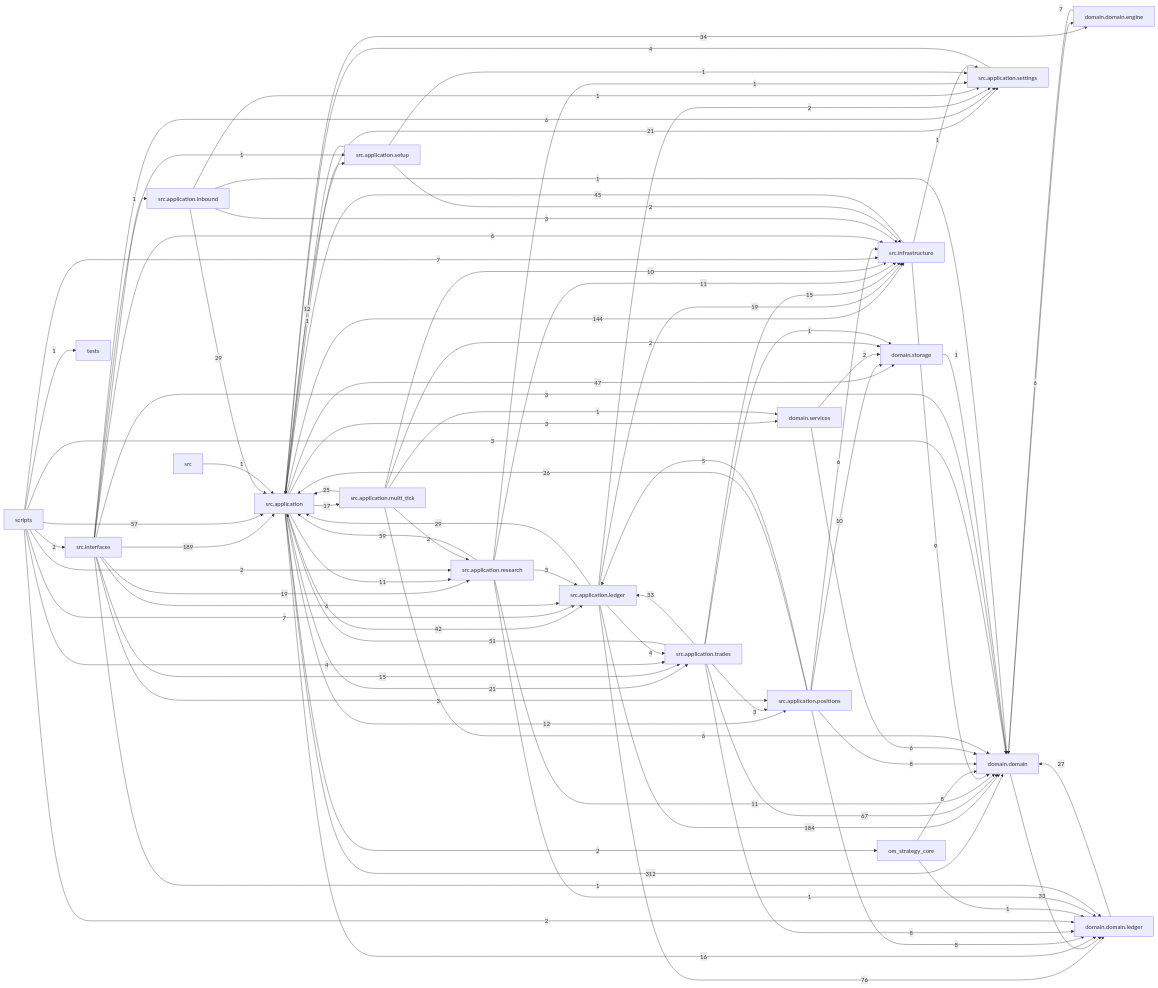
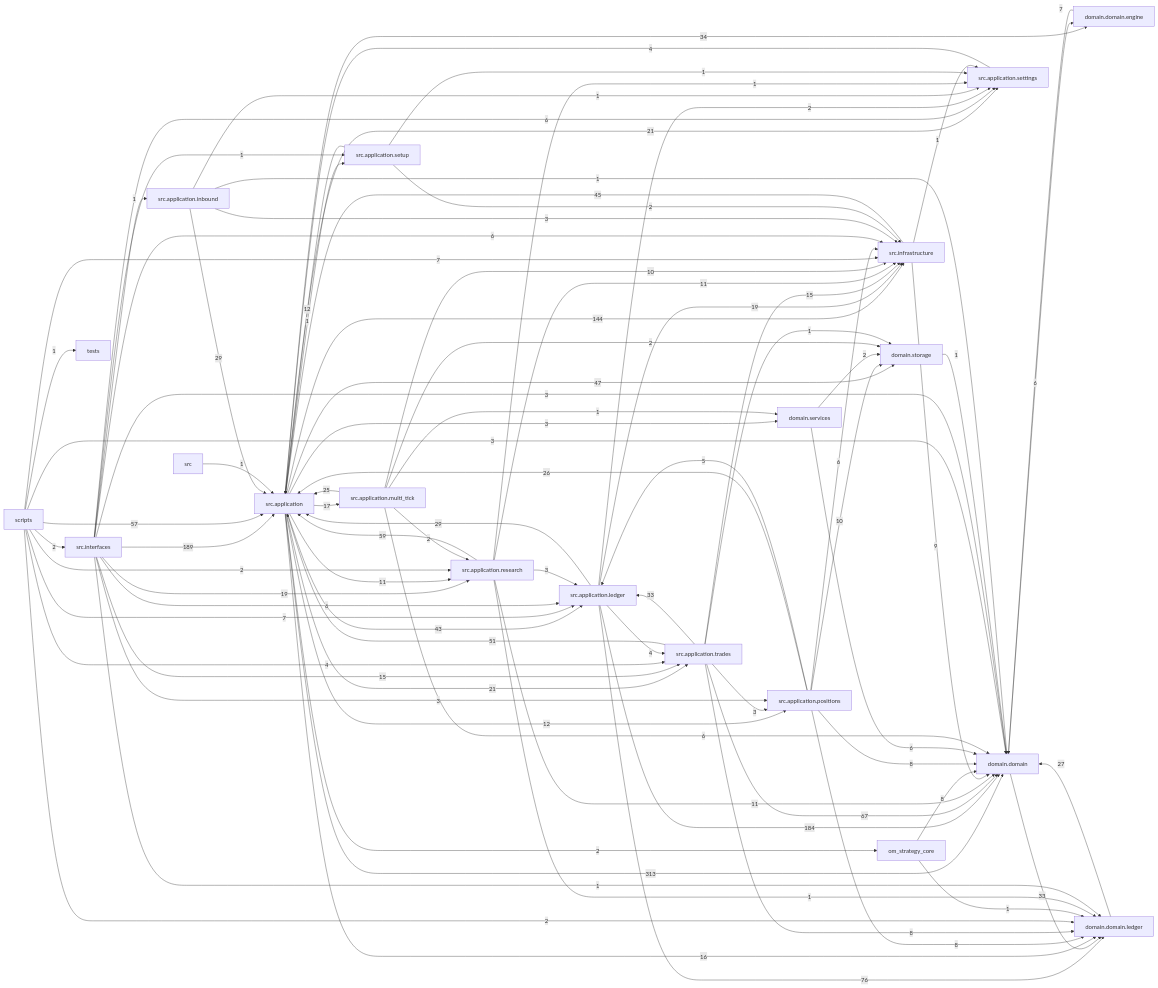
One commit to liuxie066/options-monitor changed the diagram in docs/dependency_graph.mmd. Above: the diagram before and after it, drawn with Mermaid. The commit also changed 18 other files, not shown here.

```diff
--- a/docs/dependency_graph.mmd
+++ b/docs/dependency_graph.mmd
@@ -1,87 +1,87 @@
 flowchart LR
-  src_application["src.application"] -->|312| domain_domain["domain.domain"]
+  src_application["src.application"] -->|313| domain_domain["domain.domain"]
   src_interfaces["src.interfaces"] -->|189| src_application["src.application"]
   src_application_ledger["src.application.ledger"] -->|184| domain_domain["domain.domain"]
   src_application["src.application"] -->|144| src_infrastructure["src.infrastructure"]
   src_application_ledger["src.application.ledger"] -->|76| domain_domain_ledger["domain.domain.ledger"]
   src_application_trades["src.application.trades"] -->|67| domain_domain["domain.domain"]
   src_application_research["src.application.research"] -->|59| src_application["src.application"]
   scripts["scripts"] -->|57| src_application["src.application"]
   src_application_trades["src.application.trades"] -->|51| src_application["src.application"]
   src_application["src.application"] -->|47| domain_storage["domain.storage"]
   src_infrastructure["src.infrastructure"] -->|45| src_application["src.application"]
-  src_application["src.application"] -->|42| src_application_ledger["src.application.ledger"]
+  src_application["src.application"] -->|43| src_application_ledger["src.application.ledger"]
   src_application["src.application"] -->|34| domain_domain_engine["domain.domain.engine"]
   domain_domain["domain.domain"] -->|33| domain_domain_ledger["domain.domain.ledger"]
   src_application_trades["src.application.trades"] -->|33| src_application_ledger["src.application.ledger"]
   src_application_inbound["src.application.inbound"] -->|29| src_application["src.application"]
   src_application_ledger["src.application.ledger"] -->|29| src_application["src.application"]
   domain_domain_ledger["domain.domain.ledger"] -->|27| domain_domain["domain.domain"]
   src_application_positions["src.application.positions"] -->|26| src_application["src.application"]
   src_application_multi_tick["src.application.multi_tick"] -->|25| src_application["src.application"]
   src_application["src.application"] -->|21| src_application_settings["src.application.settings"]
   src_application["src.application"] -->|21| src_application_trades["src.application.trades"]
   src_application_ledger["src.application.ledger"] -->|19| src_infrastructure["src.infrastructure"]
   src_interfaces["src.interfaces"] -->|19| src_application_research["src.application.research"]
   src_application["src.application"] -->|17| src_application_multi_tick["src.application.multi_tick"]
   src_application["src.application"] -->|16| domain_domain_ledger["domain.domain.ledger"]
   src_application_trades["src.application.trades"] -->|15| src_infrastructure["src.infrastructure"]
   src_interfaces["src.interfaces"] -->|15| src_application_trades["src.application.trades"]
   src_application["src.application"] -->|12| src_application_positions["src.application.positions"]
   src_application_setup["src.application.setup"] -->|12| src_application["src.application"]
   src_application["src.application"] -->|11| src_application_research["src.application.research"]
   src_application_research["src.application.research"] -->|11| domain_domain["domain.domain"]
   src_application_research["src.application.research"] -->|11| src_infrastructure["src.infrastructure"]
   src_application_multi_tick["src.application.multi_tick"] -->|10| src_infrastructure["src.infrastructure"]
   src_application_positions["src.application.positions"] -->|10| domain_storage["domain.storage"]
   src_infrastructure["src.infrastructure"] -->|9| domain_domain["domain.domain"]
   om_strategy_core["om_strategy_core"] -->|8| domain_domain["domain.domain"]
   src_application_positions["src.application.positions"] -->|8| domain_domain["domain.domain"]
   src_application_positions["src.application.positions"] -->|8| domain_domain_ledger["domain.domain.ledger"]
   src_application_trades["src.application.trades"] -->|8| domain_domain_ledger["domain.domain.ledger"]
   domain_domain_engine["domain.domain.engine"] -->|7| domain_domain["domain.domain"]
   scripts["scripts"] -->|7| src_application_ledger["src.application.ledger"]
   scripts["scripts"] -->|7| src_infrastructure["src.infrastructure"]
   domain_domain["domain.domain"] -->|6| domain_domain_engine["domain.domain.engine"]
   domain_services["domain.services"] -->|6| domain_domain["domain.domain"]
   src_application_multi_tick["src.application.multi_tick"] -->|6| domain_domain["domain.domain"]
   src_application_positions["src.application.positions"] -->|6| src_infrastructure["src.infrastructure"]
   src_interfaces["src.interfaces"] -->|6| src_application_ledger["src.application.ledger"]
   src_interfaces["src.interfaces"] -->|6| src_application_settings["src.application.settings"]
   src_interfaces["src.interfaces"] -->|6| src_infrastructure["src.infrastructure"]
   src_application_positions["src.application.positions"] -->|5| src_application_ledger["src.application.ledger"]
   scripts["scripts"] -->|4| src_application_trades["src.application.trades"]
   src_application_ledger["src.application.ledger"] -->|4| src_application_trades["src.application.trades"]
   src_application_settings["src.application.settings"] -->|4| src_application["src.application"]
   scripts["scripts"] -->|3| domain_domain["domain.domain"]
   src_application["src.application"] -->|3| domain_services["domain.services"]
   src_application_inbound["src.application.inbound"] -->|3| src_infrastructure["src.infrastructure"]
   src_application_research["src.application.research"] -->|3| src_application_ledger["src.application.ledger"]
   src_application_trades["src.application.trades"] -->|3| src_application_positions["src.application.positions"]
   src_interfaces["src.interfaces"] -->|3| domain_domain["domain.domain"]
   src_interfaces["src.interfaces"] -->|3| src_application_positions["src.application.positions"]
   domain_services["domain.services"] -->|2| domain_storage["domain.storage"]
   scripts["scripts"] -->|2| domain_domain_ledger["domain.domain.ledger"]
   scripts["scripts"] -->|2| src_application_research["src.application.research"]
   scripts["scripts"] -->|2| src_interfaces["src.interfaces"]
   src_application["src.application"] -->|2| om_strategy_core["om_strategy_core"]
   src_application_ledger["src.application.ledger"] -->|2| src_application_settings["src.application.settings"]
   src_application_multi_tick["src.application.multi_tick"] -->|2| domain_storage["domain.storage"]
   src_application_multi_tick["src.application.multi_tick"] -->|2| src_application_research["src.application.research"]
   src_application_setup["src.application.setup"] -->|2| src_infrastructure["src.infrastructure"]
   domain_storage["domain.storage"] -->|1| domain_domain["domain.domain"]
   om_strategy_core["om_strategy_core"] -->|1| domain_domain_ledger["domain.domain.ledger"]
   scripts["scripts"] -->|1| tests["tests"]
   src["src"] -->|1| src_application["src.application"]
   src_application["src.application"] -->|1| src_application_setup["src.application.setup"]
   src_application_inbound["src.application.inbound"] -->|1| domain_domain["domain.domain"]
   src_application_inbound["src.application.inbound"] -->|1| src_application_settings["src.application.settings"]
   src_application_multi_tick["src.application.multi_tick"] -->|1| domain_services["domain.services"]
   src_application_research["src.application.research"] -->|1| domain_domain_ledger["domain.domain.ledger"]
   src_application_research["src.application.research"] -->|1| src_application_settings["src.application.settings"]
   src_application_setup["src.application.setup"] -->|1| src_application_settings["src.application.settings"]
   src_application_trades["src.application.trades"] -->|1| domain_storage["domain.storage"]
   src_infrastructure["src.infrastructure"] -->|1| src_application_settings["src.application.settings"]
   src_interfaces["src.interfaces"] -->|1| domain_domain_ledger["domain.domain.ledger"]
   src_interfaces["src.interfaces"] -->|1| src_application_inbound["src.application.inbound"]
   src_interfaces["src.interfaces"] -->|1| src_application_setup["src.application.setup"]
```
